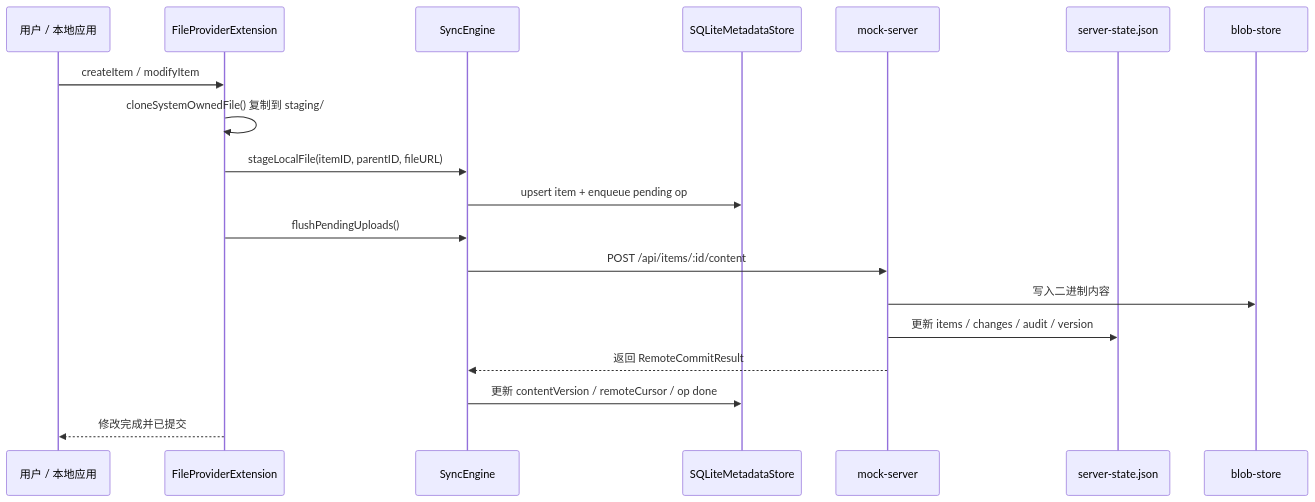
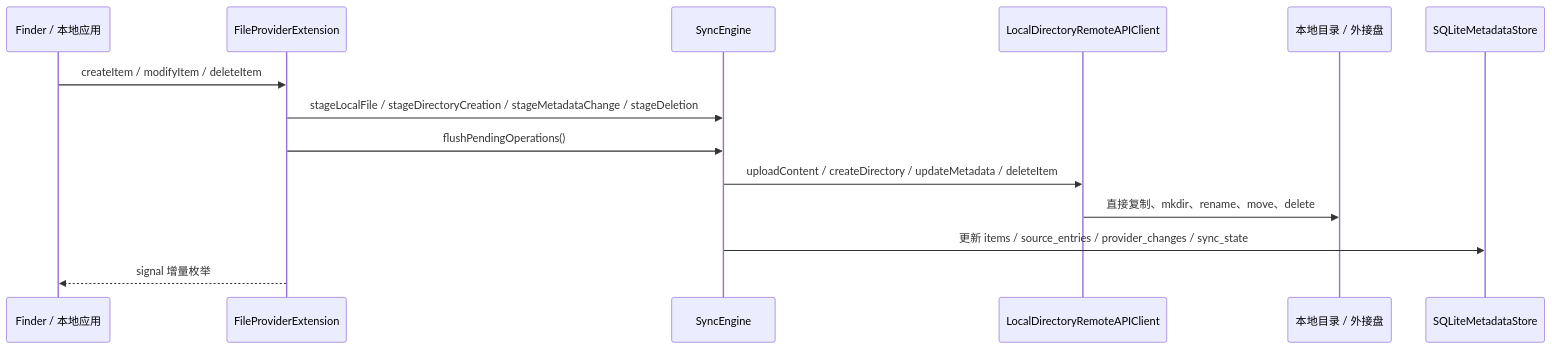
Before and after one commit to peiel/cloud-placeholders: the fourth of 5 diagrams in docs/architecture.md, drawn with Mermaid. The commit also changed other lines of this file and 34 other files, not shown here.

````diff
--- a/docs/architecture.md
+++ b/docs/architecture.md
@@ -97,22 +100,17 @@
 ```mermaid
 sequenceDiagram
-    participant User as 用户 / 本地应用
+    participant Finder as Finder / 本地应用
     participant FP as FileProviderExtension
     participant Sync as SyncEngine
-    participant DB as SQLiteMetadataStore
-    participant Server as mock-server
-    participant State as server-state.json
-    participant Blob as blob-store
+    participant Local as LocalDirectoryRemoteAPIClient
+    participant Source as 本地目录 / 外接盘
+    participant Store as SQLiteMetadataStore
 
-    User->>FP: createItem / modifyItem
-    FP->>FP: cloneSystemOwnedFile() 复制到 staging/
-    FP->>Sync: stageLocalFile(itemID, parentID, fileURL)
-    Sync->>DB: upsert item + enqueue pending op
-    FP->>Sync: flushPendingUploads()
-    Sync->>Server: POST /api/items/:id/content
-    Server->>Blob: 写入二进制内容
-    Server->>State: 更新 items / changes / audit / version
-    Server-->>Sync: 返回 RemoteCommitResult
-    Sync->>DB: 更新 contentVersion / remoteCursor / op done
-    FP-->>User: 修改完成并已提交
+    Finder->>FP: createItem / modifyItem / deleteItem
+    FP->>Sync: stageLocalFile / stageDirectoryCreation / stageMetadataChange / stageDeletion
+    FP->>Sync: flushPendingOperations()
+    Sync->>Local: uploadContent / createDirectory / updateMetadata / deleteItem
+    Local->>Source: 直接复制、mkdir、rename、move、delete
+    Sync->>Store: 更新 items / source_entries / provider_changes / sync_state
+    FP-->>Finder: signal 增量枚举
 ```
````
